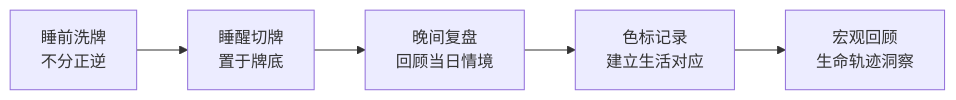
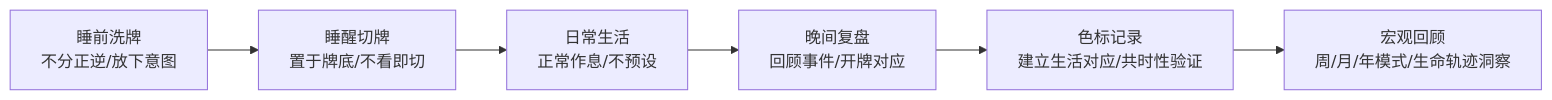
Before and after one commit to OpenDocCN1/mystery-llm-wiki: the fourth of 7 diagrams in pages/illustrated-first-tarot-reading-guide.md, drawn with Mermaid. The commit also changed other lines of this file and 4 other files, not shown here.

````diff
--- a/pages/illustrated-first-tarot-reading-guide.md
+++ b/pages/illustrated-first-tarot-reading-guide.md
@@ -115,7 +171,8 @@
 ```mermaid
 graph LR
-    A[睡前洗牌<br/>不分正逆] --> B[睡醒切牌<br/>置于牌底]
-    B --> C[晚间复盘<br/>回顾当日情境]
-    C --> D[色标记录<br/>建立生活对应]
-    D --> E[宏观回顾<br/>生命轨迹洞察]
+    A[睡前洗牌<br/>不分正逆/放下意图] --> B[睡醒切牌<br/>置于牌底/不看即切]
+    B --> C[日常生活<br/>正常作息/不预设]
+    C --> D[晚间复盘<br/>回顾事件/开牌对应]
+    D --> E[色标记录<br/>建立生活对应/共时性验证]
+    E --> F[宏观回顾<br/>周/月/年模式/生命轨迹洞察]
 ```
````
